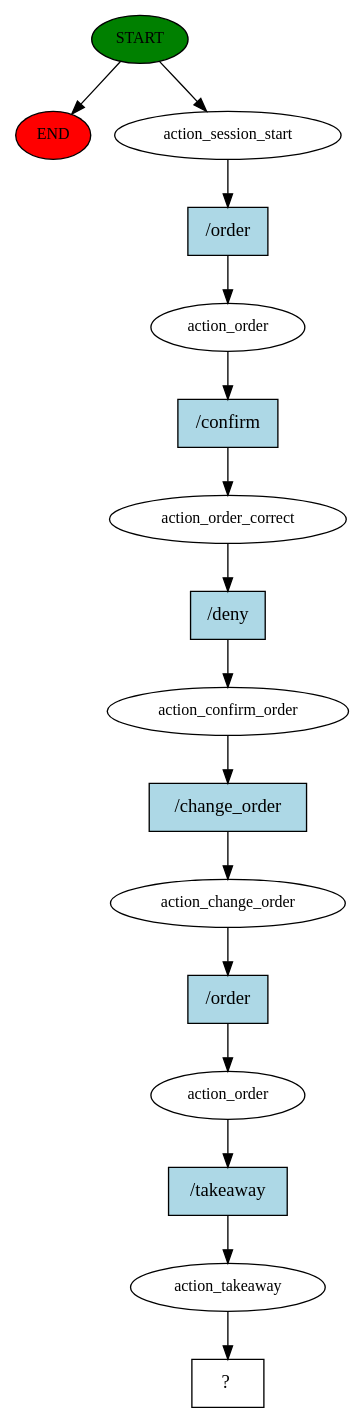
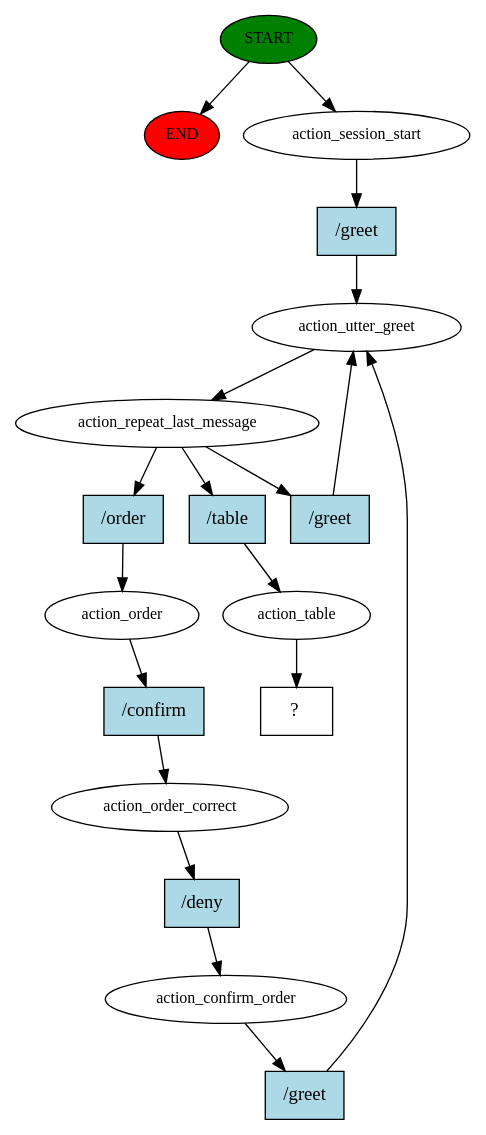
One commit to francesco-vaccari/HMD-Project changed the diagram in rasa project/story_graph.dot. Above: the diagram before and after it, drawn with Graphviz. The commit also changed 63 other files, not shown here.

Commit message:
Improved repeat last message feature. Now should work every time the bot gets an unexpected intent message. Added takeaway procedure. Added tell_time itent and time entity and slot thats lets the user specify for when he want the order to be ready.

```diff
--- a/rasa project/story_graph.dot
+++ b/rasa project/story_graph.dot
@@ -1,33 +1,37 @@
 digraph  {
 0 [class="start active", fillcolor=green, fontsize=12, label=START, style=filled];
 "-1" [class=end, fillcolor=red, fontsize=12, label=END, style=filled];
 1 [class=active, fontsize=12, label=action_session_start];
-2 [class=active, fontsize=12, label=action_order];
-3 [class=active, fontsize=12, label=action_order_correct];
-4 [class=active, fontsize=12, label=action_confirm_order];
-5 [class=active, fontsize=12, label=action_change_order];
-6 [class=active, fontsize=12, label=action_order];
-7 [class=active, fontsize=12, label=action_takeaway];
-8 [class="intent dashed active", label="  ?  ", shape=rect];
-9 [class="intent active", fillcolor=lightblue, label="/order", shape=rect, style=filled];
-10 [class="intent active", fillcolor=lightblue, label="/confirm", shape=rect, style=filled];
-11 [class="intent active", fillcolor=lightblue, label="/deny", shape=rect, style=filled];
-12 [class="intent active", fillcolor=lightblue, label="/change_order", shape=rect, style=filled];
-13 [class="intent active", fillcolor=lightblue, label="/order", shape=rect, style=filled];
-14 [class="intent active", fillcolor=lightblue, label="/takeaway", shape=rect, style=filled];
+2 [class=active, fontsize=12, label=action_utter_greet];
+3 [class=active, fontsize=12, label=action_repeat_last_message];
+4 [class=active, fontsize=12, label=action_order];
+5 [class=active, fontsize=12, label=action_order_correct];
+6 [class=active, fontsize=12, label=action_confirm_order];
+11 [class=active, fontsize=12, label=action_table];
+12 [class="intent dashed active", label="  ?  ", shape=rect];
+13 [class="intent active", fillcolor=lightblue, label="/greet", shape=rect, style=filled];
+14 [class="intent active", fillcolor=lightblue, label="/order", shape=rect, style=filled];
+15 [class="intent active", fillcolor=lightblue, label="/greet", shape=rect, style=filled];
+16 [class="intent active", fillcolor=lightblue, label="/table", shape=rect, style=filled];
+17 [class="intent active", fillcolor=lightblue, label="/confirm", shape=rect, style=filled];
+18 [class="intent active", fillcolor=lightblue, label="/deny", shape=rect, style=filled];
+19 [class="intent active", fillcolor=lightblue, label="/greet", shape=rect, style=filled];
 0 -> "-1"  [class="", key=NONE, label=""];
 0 -> 1  [class=active, key=NONE, label=""];
-1 -> 9  [class=active, key=0];
-2 -> 10  [class=active, key=0];
-3 -> 11  [class=active, key=0];
-4 -> 12  [class=active, key=0];
-5 -> 13  [class=active, key=0];
-6 -> 14  [class=active, key=0];
-7 -> 8  [class=active, key=NONE, label=""];
-9 -> 2  [class=active, key=0];
-10 -> 3  [class=active, key=0];
-11 -> 4  [class=active, key=0];
-12 -> 5  [class=active, key=0];
-13 -> 6  [class=active, key=0];
-14 -> 7  [class=active, key=0];
+1 -> 13  [class=active, key=0];
+2 -> 3  [class=active, key=NONE, label=""];
+3 -> 14  [class=active, key=0];
+3 -> 15  [class=active, key=0];
+3 -> 16  [class=active, key=0];
+4 -> 17  [class=active, key=0];
+5 -> 18  [class=active, key=0];
+6 -> 19  [class=active, key=0];
+11 -> 12  [class=active, key=NONE, label=""];
+13 -> 2  [class=active, key=0];
+14 -> 4  [class=active, key=0];
+15 -> 2  [class=active, key=0];
+16 -> 11  [class=active, key=0];
+17 -> 5  [class=active, key=0];
+18 -> 6  [class=active, key=0];
+19 -> 2  [class=active, key=0];
 }
```
